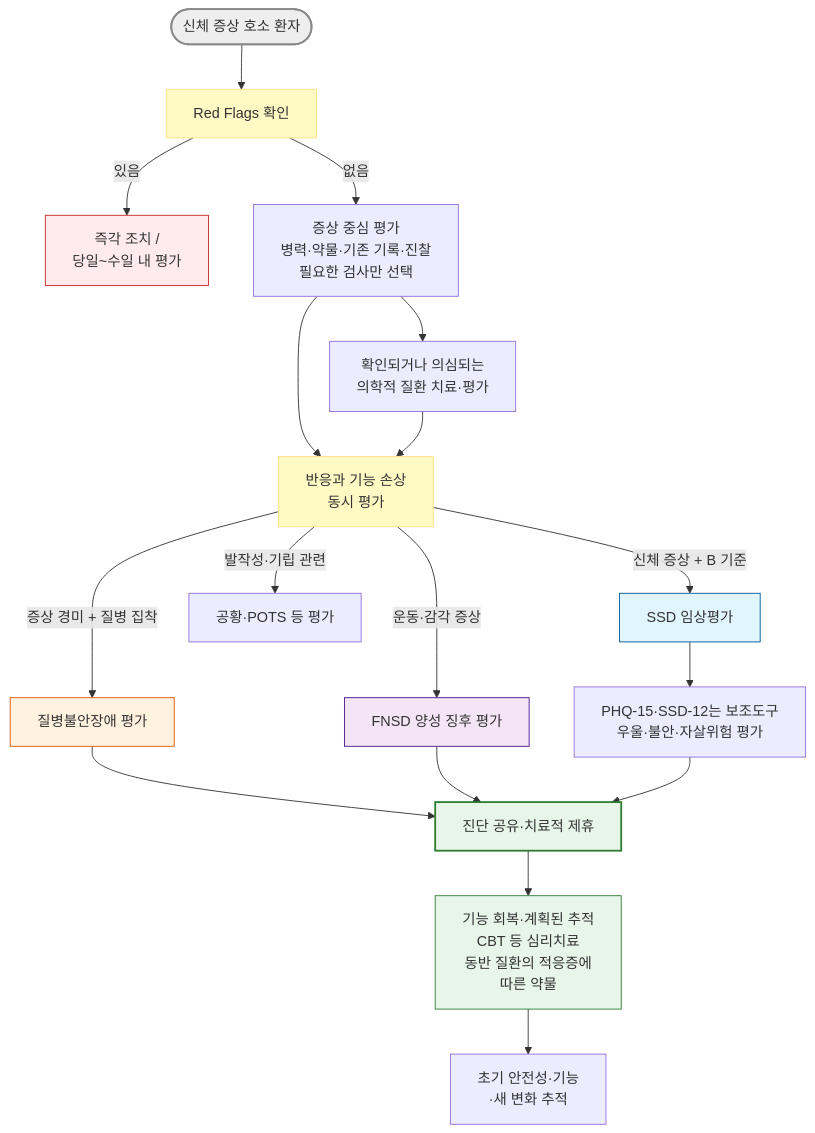
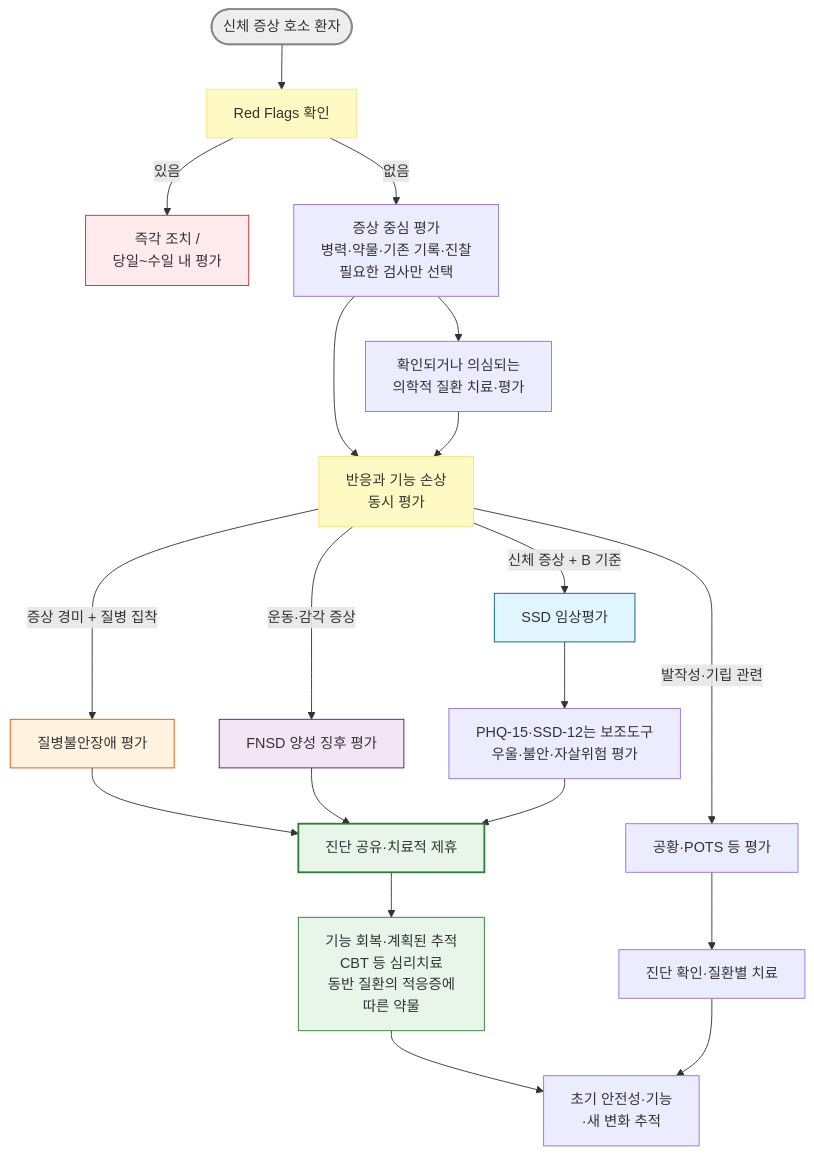
The diagram in 221_/031_-somatic-symptom-disorder.md (familyoh77/familyoh77), drawn with Mermaid before and after one commit. The commit also changed other lines of this file, not shown here.

````diff
--- a/221_/031_-somatic-symptom-disorder.md
+++ b/221_/031_-somatic-symptom-disorder.md
@@ -393,29 +393,31 @@
 ```mermaid
 graph TD
     Start(["신체 증상 호소 환자"]) --> RedFlag["Red Flags 확인"]
     RedFlag -->|있음| Referral["즉각 조치 /<br/>당일~수일 내 평가"]
     RedFlag -->|없음| BasicEval["증상 중심 평가<br/>병력·약물·기존 기록·진찰<br/>필요한 검사만 선택"]
     BasicEval --> Medical["확인되거나 의심되는<br/>의학적 질환 치료·평가"]
     BasicEval --> Pattern["반응과 기능 손상<br/>동시 평가"]
     Medical --> Pattern
     Pattern -->|신체 증상 + B 기준| SSD["SSD 임상평가"]
     Pattern -->|증상 경미 + 질병 집착| IAD["질병불안장애 평가"]
     Pattern -->|운동·감각 증상| FNSD["FNSD 양성 징후 평가"]
     Pattern -->|발작성·기립 관련| Other["공황·POTS 등 평가"]
+    Other --> OtherTx["진단 확인·질환별 치료"]
     SSD --> Scale["PHQ-15·SSD-12는 보조도구<br/>우울·불안·자살위험 평가"]
     IAD --> Framing["진단 공유·치료적 제휴"]
     FNSD --> Framing
     Scale --> Framing
     Framing --> Treatment["기능 회복·계획된 추적<br/>CBT 등 심리치료<br/>동반 질환의 적응증에 <br/>따른 약물"]
     Treatment --> FU["초기 안전성·기능<br/>·새 변화 추적"]
+    OtherTx --> FU
     style Start fill:#eeeeee,stroke:#888888,stroke-width:2px
     style RedFlag fill:#fff9c4,stroke:#ffe082
     style Pattern fill:#fff9c4,stroke:#ffe082
     style Referral fill:#ffebee,stroke:#c62828
     style SSD fill:#e1f5fe,stroke:#01579b
     style IAD fill:#fff3e0,stroke:#e65100
     style FNSD fill:#f3e5f5,stroke:#4a148c
     style Framing fill:#e8f5e9,stroke:#2e7d32,stroke-width:2px
     style Treatment fill:#e8f5e9,stroke:#2e7d32
 
 ```
````
